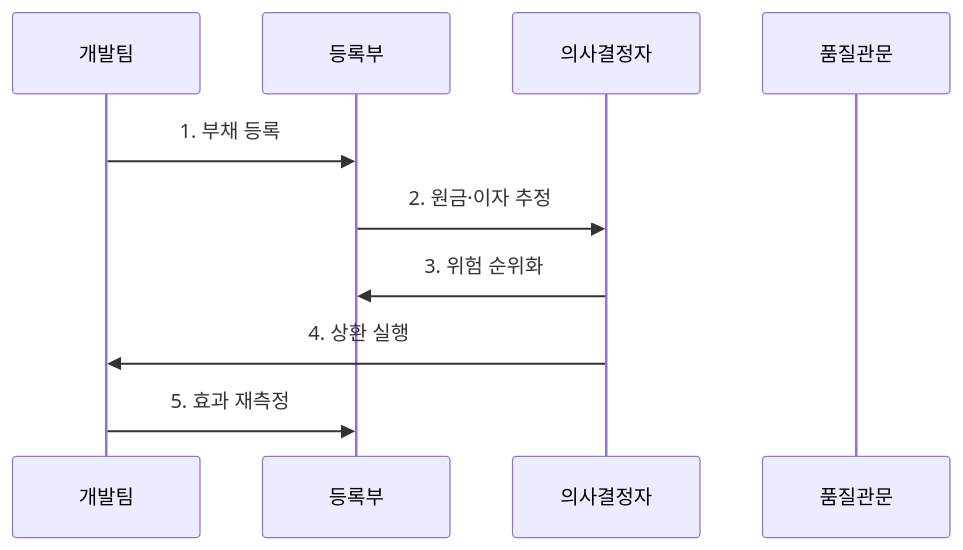
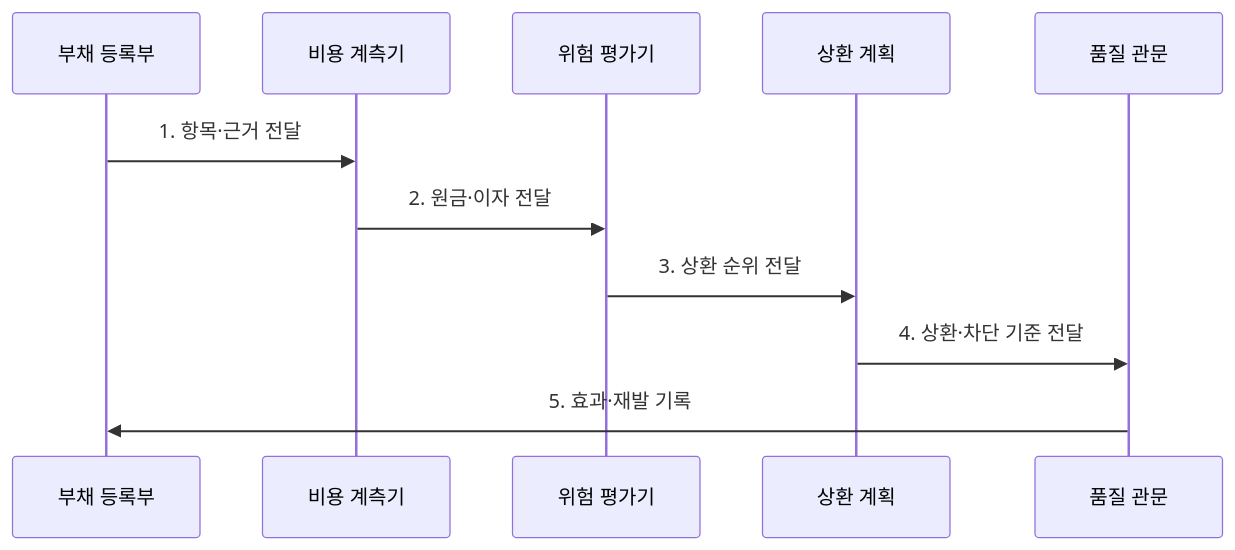
One commit to agnusdei1207/knowledge-base changed the second of 2 diagrams in src/content/docs/notes/03-software/213_technical_debt_measurement.md. Above: the diagram before and after it, drawn with Mermaid. The commit also changed other lines of this file and 20 other files, not shown here.

````diff
--- a/src/content/docs/notes/03-software/213_technical_debt_measurement.md
+++ b/src/content/docs/notes/03-software/213_technical_debt_measurement.md
@@ -79,13 +81,14 @@
 ```mermaid
 sequenceDiagram
-    participant 개발팀
-    participant 등록부
-    participant 의사결정자
-    participant 품질관문
-    개발팀->>등록부: 1. 부채 등록
-    등록부->>의사결정자: 2. 원금·이자 추정
-    의사결정자->>등록부: 3. 위험 순위화
-    의사결정자->>개발팀: 4. 상환 실행
-    개발팀->>등록부: 5. 효과 재측정
+    participant R as 부채 등록부
+    participant M as 비용 계측기
+    participant V as 위험 평가기
+    participant P as 상환 계획
+    participant G as 품질 관문
+    R->>M: 1. 항목·근거 전달
+    M->>V: 2. 원금·이자 전달
+    V->>P: 3. 상환 순위 전달
+    P->>G: 4. 상환·차단 기준 전달
+    G->>R: 5. 효과·재발 기록
 
 ```
````
